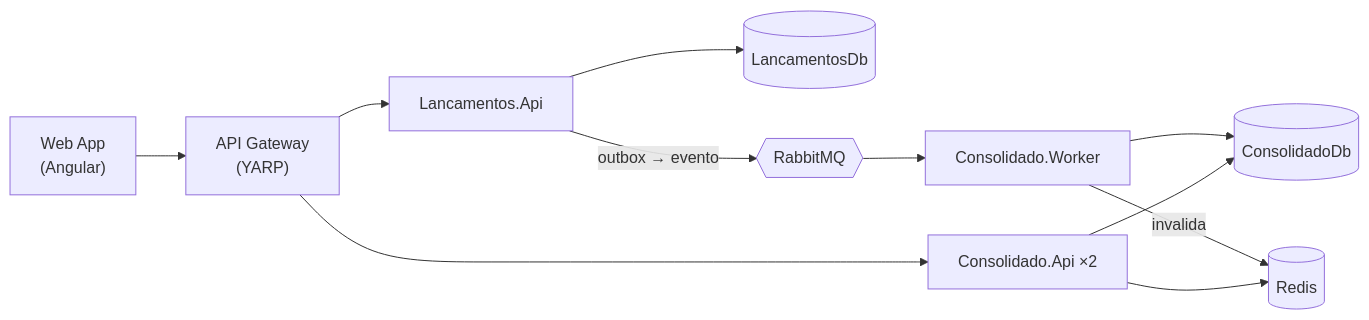
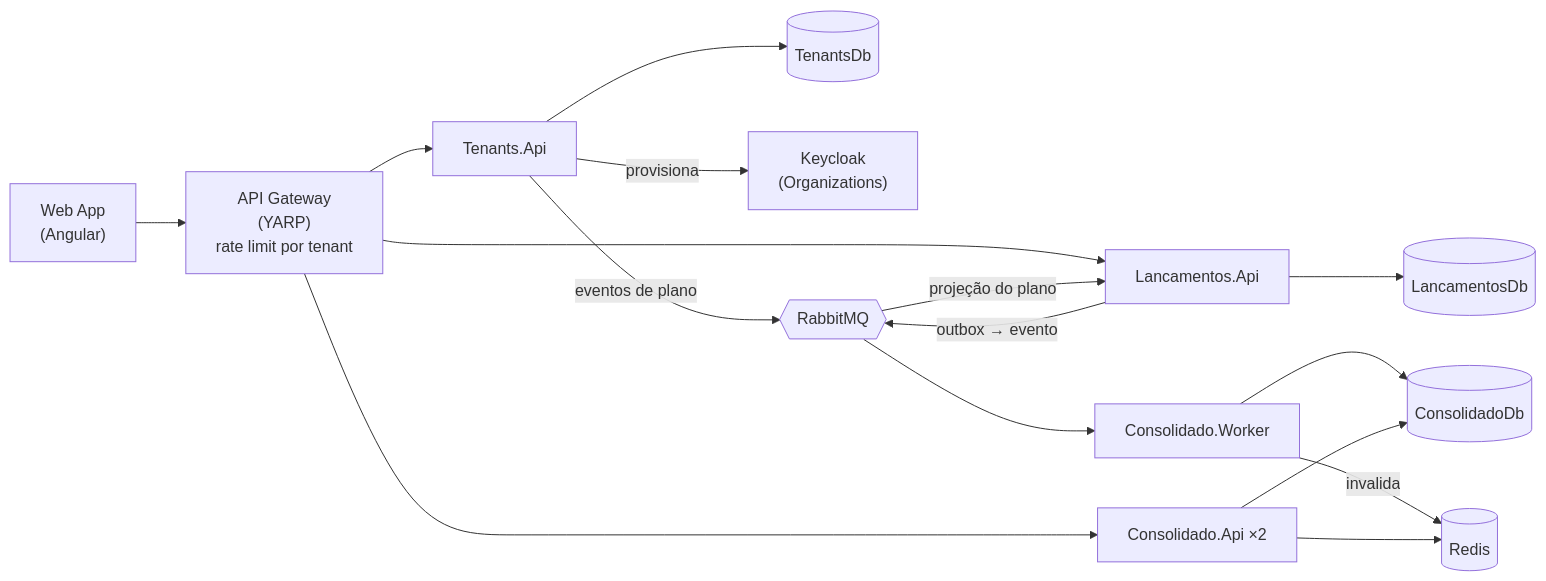
One commit to igorwaterloo/Verx-desafio20260922 changed the diagram in README.md. Above: the diagram before and after it, drawn with Mermaid. The commit also changed other lines of this file and 4 other files, not shown here.

First line of the commit message:
docs: atualiza índices, roadmap e README para SaaS

````diff
--- a/README.md
+++ b/README.md
@@ -28,13 +34,18 @@
 ```mermaid
 flowchart LR
-    spa["Web App<br/>(Angular)"] --> gw["API Gateway<br/>(YARP)"]
+    spa["Web App<br/>(Angular)"] --> gw["API Gateway<br/>(YARP)<br/>rate limit por tenant"]
+    gw --> tapi["Tenants.Api"]
     gw --> lapi["Lancamentos.Api"]
     gw --> capi["Consolidado.Api ×2"]
+    tapi --> tdb[("TenantsDb")]
+    tapi -- "provisiona" --> kc["Keycloak<br/>(Organizations)"]
+    tapi -- "eventos de plano" --> mq{{"RabbitMQ"}}
+    mq -- "projeção do plano" --> lapi
     lapi --> ldb[("LancamentosDb")]
-    lapi -- "outbox → evento" --> mq{{"RabbitMQ"}}
+    lapi -- "outbox → evento" --> mq
     mq --> wk["Consolidado.Worker"]
     wk --> cdb[("ConsolidadoDb")]
     wk -- "invalida" --> redis[("Redis")]
     capi --> redis
     capi --> cdb
 ```
````
